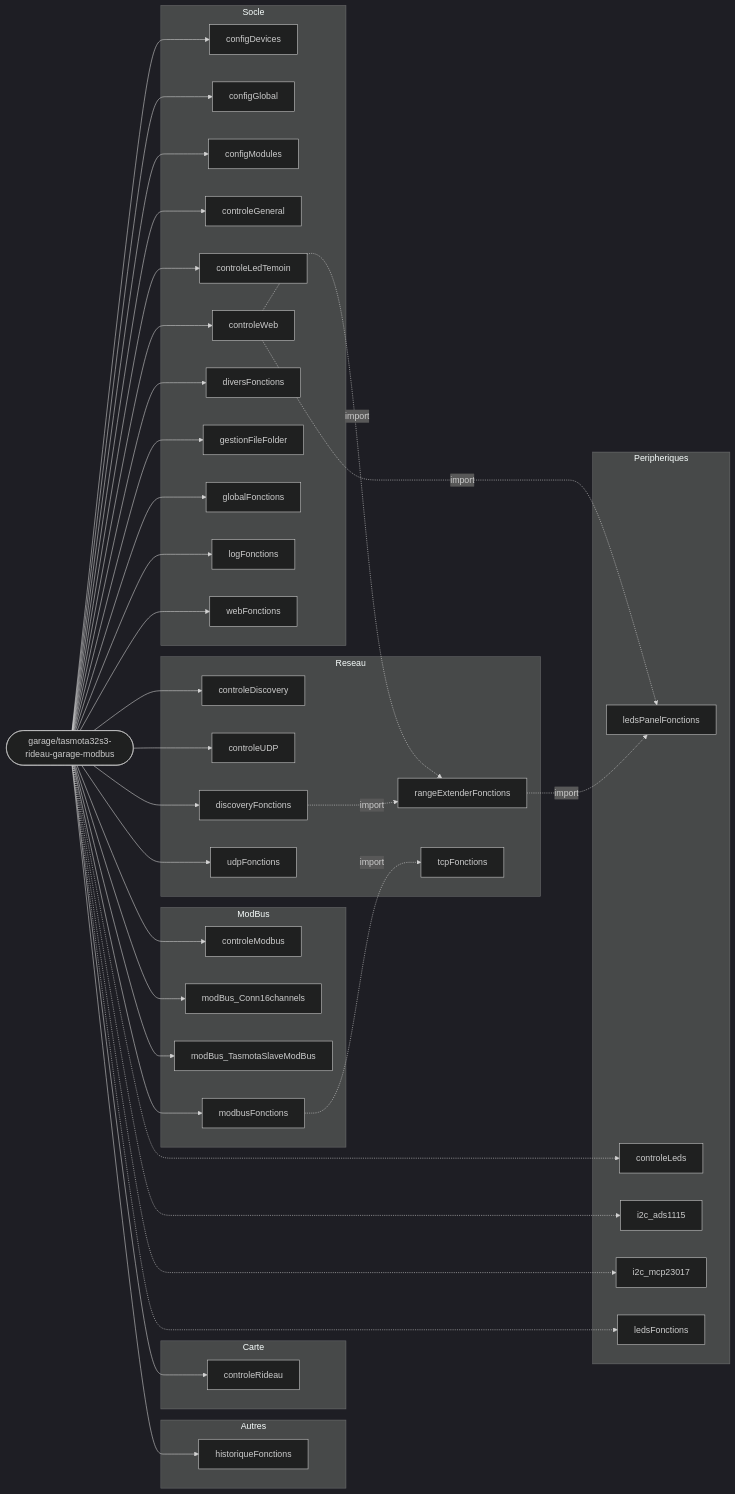
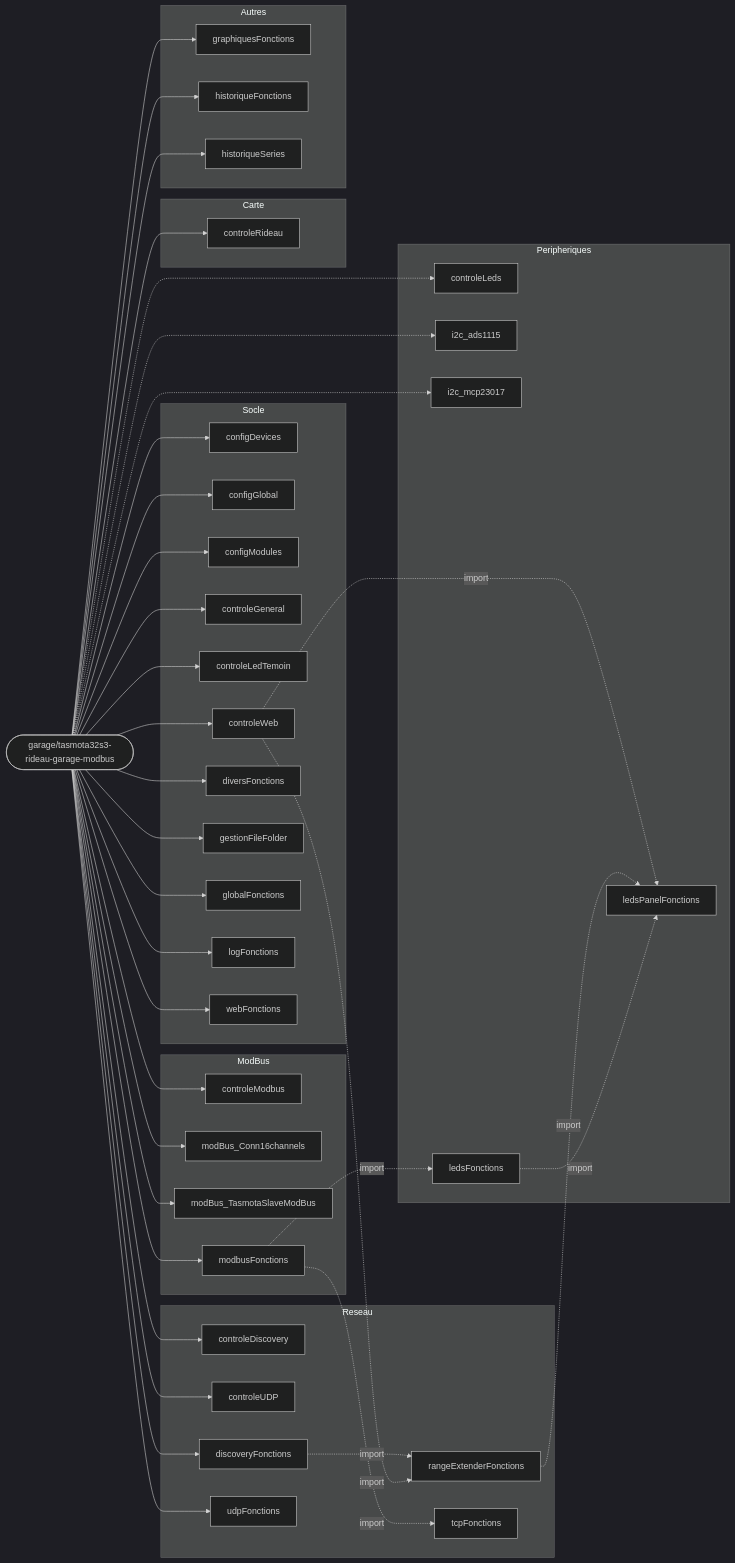
The seventh of 8 diagrams in outils_docs/CARTE_MODULES_BERRY.md (fdaubercy/Tasmota), drawn with Mermaid (dark theme) before and after one commit. The commit also changed other lines of this file and 1 other file, not shown here.

First line of the commit message:
docs(solidification): pieges 12 et 13, carte des modules regeneree

````diff
--- a/outils_docs/CARTE_MODULES_BERRY.md
+++ b/outils_docs/CARTE_MODULES_BERRY.md
@@ -559,74 +578,79 @@
 ```mermaid
 flowchart LR
     CARTE(["garage/tasmota32s3-rideau-garage-modbus"])
     subgraph g_Socle["Socle"]
         m_configDevices["configDevices"]
         m_configGlobal["configGlobal"]
         m_configModules["configModules"]
         m_controleGeneral["controleGeneral"]
         m_controleLedTemoin["controleLedTemoin"]
         m_controleWeb["controleWeb"]
         m_diversFonctions["diversFonctions"]
         m_gestionFileFolder["gestionFileFolder"]
         m_globalFonctions["globalFonctions"]
         m_logFonctions["logFonctions"]
         m_webFonctions["webFonctions"]
     end
     subgraph g_Reseau["Reseau"]
         m_controleDiscovery["controleDiscovery"]
         m_controleUDP["controleUDP"]
         m_discoveryFonctions["discoveryFonctions"]
         m_rangeExtenderFonctions["rangeExtenderFonctions"]
         m_tcpFonctions["tcpFonctions"]
         m_udpFonctions["udpFonctions"]
     end
     subgraph g_ModBus["ModBus"]
         m_controleModbus["controleModbus"]
         m_modBus_Conn16channels["modBus_Conn16channels"]
         m_modBus_TasmotaSlaveModBus["modBus_TasmotaSlaveModBus"]
         m_modbusFonctions["modbusFonctions"]
     end
     subgraph g_Peripheriques["Peripheriques"]
         m_controleLeds["controleLeds"]
         m_i2c_ads1115["i2c_ads1115"]
         m_i2c_mcp23017["i2c_mcp23017"]
         m_ledsFonctions["ledsFonctions"]
         m_ledsPanelFonctions["ledsPanelFonctions"]
     end
     subgraph g_Carte["Carte"]
         m_controleRideau["controleRideau"]
     end
     subgraph g_Autres["Autres"]
+        m_graphiquesFonctions["graphiquesFonctions"]
         m_historiqueFonctions["historiqueFonctions"]
+        m_historiqueSeries["historiqueSeries"]
     end
     CARTE --> m_configDevices
     CARTE --> m_configGlobal
     CARTE --> m_configModules
     CARTE --> m_controleGeneral
     CARTE --> m_controleLedTemoin
     CARTE --> m_controleWeb
     CARTE --> m_diversFonctions
     CARTE --> m_gestionFileFolder
     CARTE --> m_globalFonctions
     CARTE --> m_logFonctions
     CARTE --> m_webFonctions
     CARTE --> m_controleDiscovery
     CARTE --> m_controleUDP
     CARTE --> m_discoveryFonctions
+    m_discoveryFonctions -.->|import| m_rangeExtenderFonctions
     m_controleWeb -.->|import| m_rangeExtenderFonctions
-    m_discoveryFonctions -.->|import| m_rangeExtenderFonctions
     m_modbusFonctions -.->|import| m_tcpFonctions
     CARTE --> m_udpFonctions
     CARTE --> m_controleModbus
     CARTE --> m_modBus_Conn16channels
     CARTE --> m_modBus_TasmotaSlaveModBus
     CARTE --> m_modbusFonctions
     CARTE -.-> m_controleLeds
     CARTE -.-> m_i2c_ads1115
     CARTE -.-> m_i2c_mcp23017
-    CARTE -.-> m_ledsFonctions
+    m_modbusFonctions -.->|import| m_ledsFonctions
+    m_controleWeb -.->|import| m_ledsPanelFonctions
     m_rangeExtenderFonctions -.->|import| m_ledsPanelFonctions
-    m_controleWeb -.->|import| m_ledsPanelFonctions
+    m_ledsFonctions -.->|import| m_ledsPanelFonctions
     CARTE --> m_controleRideau
+    CARTE --> m_graphiquesFonctions
     CARTE --> m_historiqueFonctions
+    CARTE --> m_historiqueSeries
 ```
````
